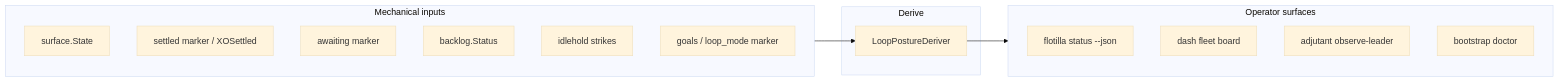
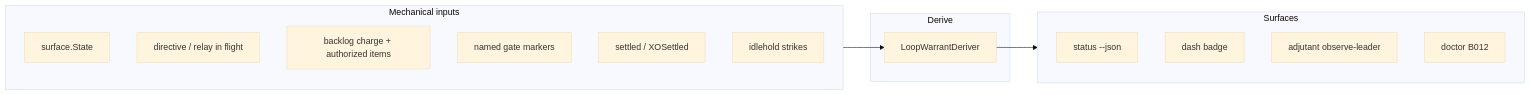
One commit to jim80net/flotilla changed the diagram in openspec/changes/loop-aware-status-taxonomy/design.md. Above: the diagram before and after it, drawn with Mermaid (base theme). The commit also changed other lines of this file and 5 other files, not shown here.

First line of the commit message:
docs(loop): warrant-based status taxonomy (operator refinement)

````diff
--- a/openspec/changes/loop-aware-status-taxonomy/design.md
+++ b/openspec/changes/loop-aware-status-taxonomy/design.md
@@ -39,21 +33,21 @@
 ```mermaid
 flowchart LR
   subgraph inputs [Mechanical inputs]
     P[surface.State]
-    S[settled marker / XOSettled]
-    A[awaiting marker]
-    B[backlog.Status]
+    D[directive / relay in flight]
+    C[backlog charge + authorized items]
+    G[named gate markers]
+    S[settled / XOSettled]
     I[idlehold strikes]
-    G[goals / loop_mode marker]
   end
   subgraph derive [Derive]
-    D[LoopPostureDeriver]
+    W[LoopWarrantDeriver]
   end
-  subgraph out [Operator surfaces]
-    ST[flotilla status --json]
-    DS[dash fleet board]
+  subgraph out [Surfaces]
+    ST[status --json]
+    DS[dash badge]
     ADJ[adjutant observe-leader]
-    DOC[bootstrap doctor]
+    DOC[doctor B012]
   end
-  inputs --> D --> out
+  inputs --> W --> out
 ```
````
